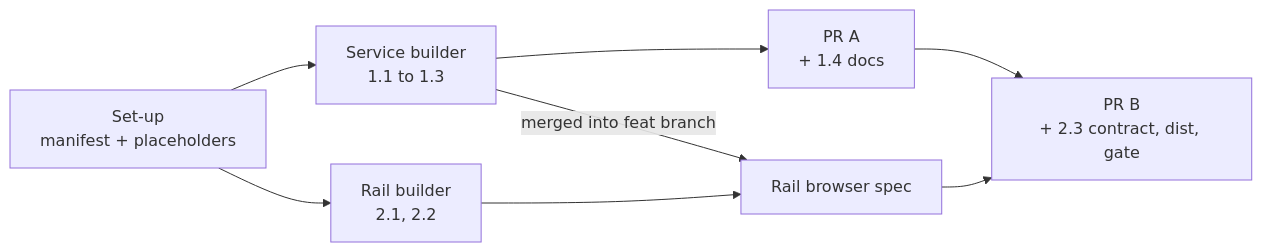
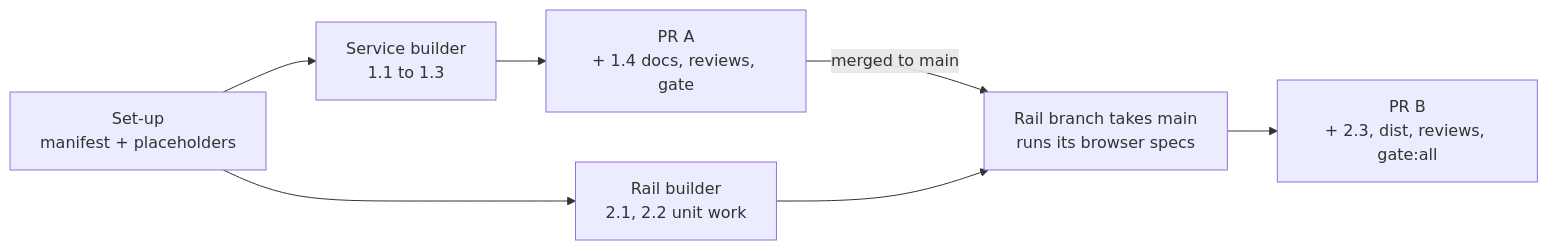
One commit to kenxle/live-agentic-html-editor changed the diagram in docs/features/20260930.01_style_switcher/03_plan_style_switcher.md. Above: the diagram before and after it, drawn with Mermaid. The commit also changed other lines of this file and 3 other files, not shown here.

Commit message:
Style switcher plan: integrate plan and design reviews (branch layout, planned layer file, dark-ground test style, whole keep flow spec, panel words and keyboard rules)

````diff
--- a/docs/features/20260930.01_style_switcher/03_plan_style_switcher.md
+++ b/docs/features/20260930.01_style_switcher/03_plan_style_switcher.md
@@ -102,10 +106,9 @@
 ```mermaid
 flowchart LR
     S0["Set-up<br/>manifest + placeholders"] --> SV["Service builder<br/>1.1 to 1.3"]
-    S0 --> RL["Rail builder<br/>2.1, 2.2"]
-    SV --> A["PR A<br/>+ 1.4 docs"]
-    SV -->|merged into feat branch| RLB["Rail browser spec"]
+    S0 --> RL["Rail builder<br/>2.1, 2.2 unit work"]
+    SV --> A["PR A<br/>+ 1.4 docs, reviews, gate"]
+    A -->|merged to main| RLB["Rail branch takes main<br/>runs its browser specs"]
     RL --> RLB
-    RLB --> B["PR B<br/>+ 2.3 contract, dist, gate"]
-    A --> B
+    RLB --> B["PR B<br/>+ 2.3, dist, reviews, gate:all"]
 ```
````
